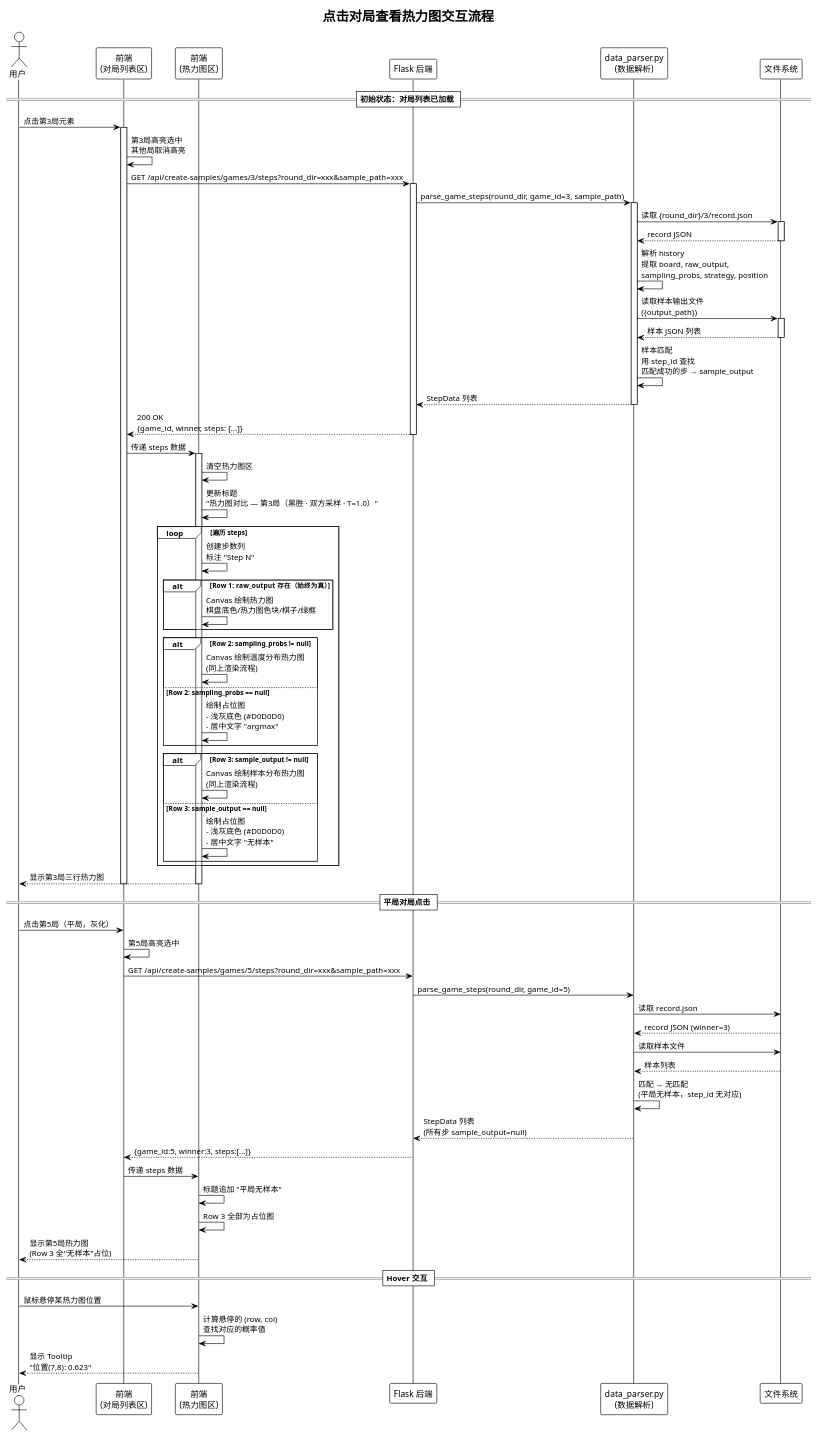
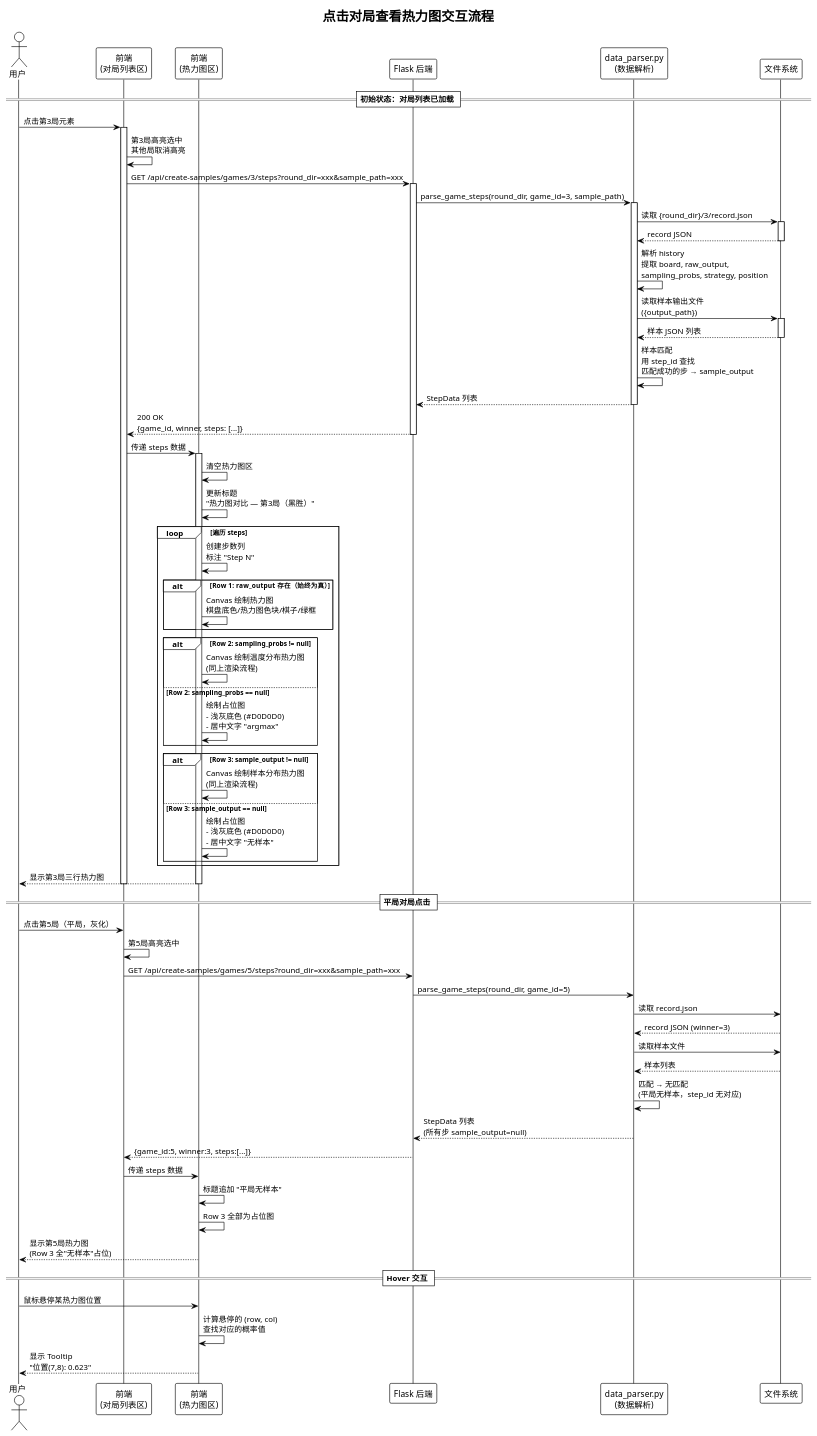
The diagram in design/1/game_click_flow.puml (nanhao/gomoku), drawn with PlantUML before and after one commit. The commit also changed 4 other files, not shown here.

```diff
--- a/design/1/game_click_flow.puml
+++ b/design/1/game_click_flow.puml
@@ -1,104 +1,104 @@
 @startuml game_click_flow
 !theme plain
 skinparam defaultFontName Microsoft YaHei,SimHei,SimSun,sans-serif
 skinparam sequenceMessageFontName Microsoft YaHei,SimHei,SimSun,sans-serif
 title 点击对局查看热力图交互流程
 
 actor 用户 as User
 participant "前端\n(对局列表区)" as GL
 participant "前端\n(热力图区)" as HM
 participant "Flask 后端" as BE
 participant "data_parser.py\n(数据解析)" as DP
 participant "文件系统" as FS
 
 == 初始状态：对局列表已加载 ==
 
 User -> GL: 点击第3局元素
 activate GL
 
 GL -> GL: 第3局高亮选中\n其他局取消高亮
 
 GL -> BE: GET /api/create-samples/games/3/steps?round_dir=xxx&sample_path=xxx
 activate BE
 
 BE -> DP: parse_game_steps(round_dir, game_id=3, sample_path)
 activate DP
 
 DP -> FS: 读取 {round_dir}/3/record.json
 activate FS
 FS --> DP: record JSON
 deactivate FS
 
 DP -> DP: 解析 history\n提取 board, raw_output,\nsampling_probs, strategy, position
 
 DP -> FS: 读取样本输出文件\n({output_path})
 activate FS
 FS --> DP: 样本 JSON 列表
 deactivate FS
 
 DP -> DP: 样本匹配\n用 step_id 查找\n匹配成功的步 → sample_output
 
 DP --> BE: StepData 列表
 deactivate DP
 
 BE --> GL: 200 OK\n{game_id, winner, steps: [...]}
 deactivate BE
 
 GL -> HM: 传递 steps 数据
 activate HM
 
 HM -> HM: 清空热力图区
 
-HM -> HM: 更新标题\n"热力图对比 — 第3局（黑胜 · 双方采样 · T=1.0）"
+HM -> HM: 更新标题\n"热力图对比 — 第3局（黑胜）"
 
 loop 遍历 steps
     HM -> HM: 创建步数列\n标注 "Step N"
 
     alt Row 1: raw_output 存在（始终为真）
         HM -> HM: Canvas 绘制热力图\n棋盘底色/热力图色块/棋子/绿框
     end
 
     alt Row 2: sampling_probs != null
         HM -> HM: Canvas 绘制温度分布热力图\n(同上渲染流程)
     else Row 2: sampling_probs == null
         HM -> HM: 绘制占位图\n- 浅灰底色 (#D0D0D0)\n- 居中文字 "argmax"
     end
 
     alt Row 3: sample_output != null
         HM -> HM: Canvas 绘制样本分布热力图\n(同上渲染流程)
     else Row 3: sample_output == null
         HM -> HM: 绘制占位图\n- 浅灰底色 (#D0D0D0)\n- 居中文字 "无样本"
     end
 end
 
 HM --> User: 显示第3局三行热力图
 
 deactivate HM
 deactivate GL
 
 == 平局对局点击 ==
 
 User -> GL: 点击第5局（平局，灰化）
 GL -> GL: 第5局高亮选中
 GL -> BE: GET /api/create-samples/games/5/steps?round_dir=xxx&sample_path=xxx
 BE -> DP: parse_game_steps(round_dir, game_id=5)
 DP -> FS: 读取 record.json
 FS --> DP: record JSON (winner=3)
 DP -> FS: 读取样本文件
 FS --> DP: 样本列表
 DP -> DP: 匹配 → 无匹配\n(平局无样本，step_id 无对应)
 DP --> BE: StepData 列表\n(所有步 sample_output=null)
 BE --> GL: {game_id:5, winner:3, steps:[...]}
 
 GL -> HM: 传递 steps 数据
 HM -> HM: 标题追加 "平局无样本"
 HM -> HM: Row 3 全部为占位图
 HM --> User: 显示第5局热力图\n(Row 3 全"无样本"占位)
 
 == Hover 交互 ==
 
 User -> HM: 鼠标悬停某热力图位置
 HM -> HM: 计算悬停的 (row, col)\n查找对应的概率值
 HM --> User: 显示 Tooltip\n"位置(7,8): 0.623"
 
 @enduml
```
